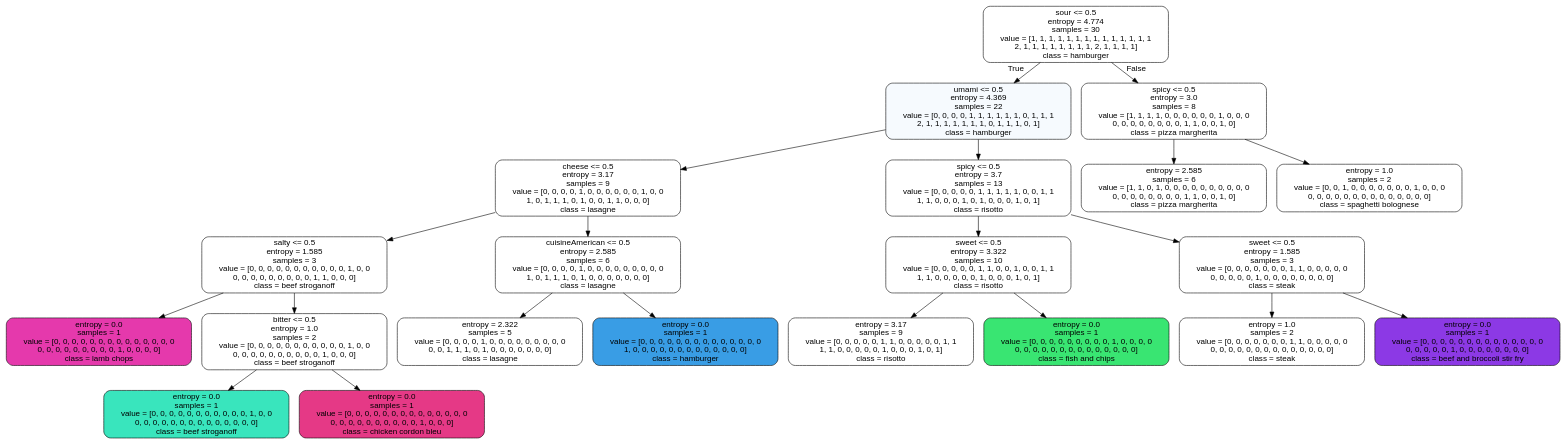
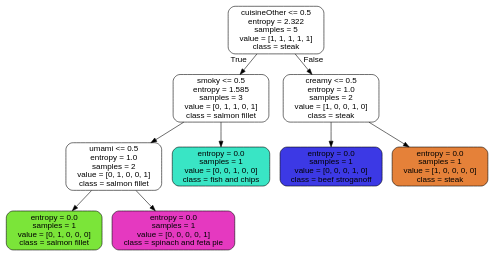
Before and after one commit to PawelManczak/Food-Akinator: the diagram in iris_tree.dot, drawn with Graphviz. The commit also changed 5 other files, not shown here.

```diff
--- a/iris_tree.dot
+++ b/iris_tree.dot
@@ -1,45 +1,21 @@
 digraph Tree {
 node [shape=box, style="filled, rounded", color="black", fontname="helvetica"] ;
 edge [fontname="helvetica"] ;
-0 [label="sour <= 0.5\nentropy = 4.774\nsamples = 30\nvalue = [1, 1, 1, 1, 1, 1, 1, 1, 1, 1, 1, 1, 1, 1\n2, 1, 1, 1, 1, 1, 1, 1, 1, 2, 1, 1, 1, 1]\nclass = hamburger", fillcolor="#ffffff"] ;
-1 [label="umami <= 0.5\nentropy = 4.369\nsamples = 22\nvalue = [0, 0, 0, 0, 1, 1, 1, 1, 1, 1, 0, 1, 1, 1\n2, 1, 1, 1, 1, 1, 1, 1, 0, 1, 1, 1, 0, 1]\nclass = hamburger", fillcolor="#f6fafe"] ;
+0 [label="cuisineOther <= 0.5\nentropy = 2.322\nsamples = 5\nvalue = [1, 1, 1, 1, 1]\nclass = steak", fillcolor="#ffffff"] ;
+1 [label="smoky <= 0.5\nentropy = 1.585\nsamples = 3\nvalue = [0, 1, 1, 0, 1]\nclass = salmon fillet", fillcolor="#ffffff"] ;
 0 -> 1 [labeldistance=2.5, labelangle=45, headlabel="True"] ;
-2 [label="cheese <= 0.5\nentropy = 3.17\nsamples = 9\nvalue = [0, 0, 0, 0, 1, 0, 0, 0, 0, 0, 0, 1, 0, 0\n1, 0, 1, 1, 1, 0, 1, 0, 0, 1, 1, 0, 0, 0]\nclass = lasagne", fillcolor="#ffffff"] ;
+2 [label="umami <= 0.5\nentropy = 1.0\nsamples = 2\nvalue = [0, 1, 0, 0, 1]\nclass = salmon fillet", fillcolor="#ffffff"] ;
 1 -> 2 ;
-3 [label="salty <= 0.5\nentropy = 1.585\nsamples = 3\nvalue = [0, 0, 0, 0, 0, 0, 0, 0, 0, 0, 0, 1, 0, 0\n0, 0, 0, 0, 0, 0, 0, 0, 0, 1, 1, 0, 0, 0]\nclass = beef stroganoff", fillcolor="#ffffff"] ;
+3 [label="entropy = 0.0\nsamples = 1\nvalue = [0, 1, 0, 0, 0]\nclass = salmon fillet", fillcolor="#7be539"] ;
 2 -> 3 ;
-4 [label="entropy = 0.0\nsamples = 1\nvalue = [0, 0, 0, 0, 0, 0, 0, 0, 0, 0, 0, 0, 0, 0\n0, 0, 0, 0, 0, 0, 0, 0, 0, 1, 0, 0, 0, 0]\nclass = lamb chops", fillcolor="#e539ac"] ;
-3 -> 4 ;
-5 [label="bitter <= 0.5\nentropy = 1.0\nsamples = 2\nvalue = [0, 0, 0, 0, 0, 0, 0, 0, 0, 0, 0, 1, 0, 0\n0, 0, 0, 0, 0, 0, 0, 0, 0, 0, 1, 0, 0, 0]\nclass = beef stroganoff", fillcolor="#ffffff"] ;
-3 -> 5 ;
-6 [label="entropy = 0.0\nsamples = 1\nvalue = [0, 0, 0, 0, 0, 0, 0, 0, 0, 0, 0, 1, 0, 0\n0, 0, 0, 0, 0, 0, 0, 0, 0, 0, 0, 0, 0, 0]\nclass = beef stroganoff", fillcolor="#39e5bd"] ;
-5 -> 6 ;
-7 [label="entropy = 0.0\nsamples = 1\nvalue = [0, 0, 0, 0, 0, 0, 0, 0, 0, 0, 0, 0, 0, 0\n0, 0, 0, 0, 0, 0, 0, 0, 0, 0, 1, 0, 0, 0]\nclass = chicken cordon bleu", fillcolor="#e53986"] ;
-5 -> 7 ;
-8 [label="cuisineAmerican <= 0.5\nentropy = 2.585\nsamples = 6\nvalue = [0, 0, 0, 0, 1, 0, 0, 0, 0, 0, 0, 0, 0, 0\n1, 0, 1, 1, 1, 0, 1, 0, 0, 0, 0, 0, 0, 0]\nclass = lasagne", fillcolor="#ffffff"] ;
-2 -> 8 ;
-9 [label="entropy = 2.322\nsamples = 5\nvalue = [0, 0, 0, 0, 1, 0, 0, 0, 0, 0, 0, 0, 0, 0\n0, 0, 1, 1, 1, 0, 1, 0, 0, 0, 0, 0, 0, 0]\nclass = lasagne", fillcolor="#ffffff"] ;
-8 -> 9 ;
-10 [label="entropy = 0.0\nsamples = 1\nvalue = [0, 0, 0, 0, 0, 0, 0, 0, 0, 0, 0, 0, 0, 0\n1, 0, 0, 0, 0, 0, 0, 0, 0, 0, 0, 0, 0, 0]\nclass = hamburger", fillcolor="#399de5"] ;
-8 -> 10 ;
-11 [label="spicy <= 0.5\nentropy = 3.7\nsamples = 13\nvalue = [0, 0, 0, 0, 0, 1, 1, 1, 1, 1, 0, 0, 1, 1\n1, 1, 0, 0, 0, 1, 0, 1, 0, 0, 0, 1, 0, 1]\nclass = risotto", fillcolor="#ffffff"] ;
-1 -> 11 ;
-12 [label="sweet <= 0.5\nentropy = 3.322\nsamples = 10\nvalue = [0, 0, 0, 0, 0, 1, 1, 0, 0, 1, 0, 0, 1, 1\n1, 1, 0, 0, 0, 0, 0, 1, 0, 0, 0, 1, 0, 1]\nclass = risotto", fillcolor="#ffffff"] ;
-11 -> 12 ;
-13 [label="entropy = 3.17\nsamples = 9\nvalue = [0, 0, 0, 0, 0, 1, 1, 0, 0, 0, 0, 0, 1, 1\n1, 1, 0, 0, 0, 0, 0, 1, 0, 0, 0, 1, 0, 1]\nclass = risotto", fillcolor="#ffffff"] ;
-12 -> 13 ;
-14 [label="entropy = 0.0\nsamples = 1\nvalue = [0, 0, 0, 0, 0, 0, 0, 0, 0, 1, 0, 0, 0, 0\n0, 0, 0, 0, 0, 0, 0, 0, 0, 0, 0, 0, 0, 0]\nclass = fish and chips", fillcolor="#39e572"] ;
-12 -> 14 ;
-15 [label="sweet <= 0.5\nentropy = 1.585\nsamples = 3\nvalue = [0, 0, 0, 0, 0, 0, 0, 1, 1, 0, 0, 0, 0, 0\n0, 0, 0, 0, 0, 1, 0, 0, 0, 0, 0, 0, 0, 0]\nclass = steak", fillcolor="#ffffff"] ;
-11 -> 15 ;
-16 [label="entropy = 1.0\nsamples = 2\nvalue = [0, 0, 0, 0, 0, 0, 0, 1, 1, 0, 0, 0, 0, 0\n0, 0, 0, 0, 0, 0, 0, 0, 0, 0, 0, 0, 0, 0]\nclass = steak", fillcolor="#ffffff"] ;
-15 -> 16 ;
-17 [label="entropy = 0.0\nsamples = 1\nvalue = [0, 0, 0, 0, 0, 0, 0, 0, 0, 0, 0, 0, 0, 0\n0, 0, 0, 0, 0, 1, 0, 0, 0, 0, 0, 0, 0, 0]\nclass = beef and broccoli stir fry", fillcolor="#8c39e5"] ;
-15 -> 17 ;
-18 [label="spicy <= 0.5\nentropy = 3.0\nsamples = 8\nvalue = [1, 1, 1, 1, 0, 0, 0, 0, 0, 0, 1, 0, 0, 0\n0, 0, 0, 0, 0, 0, 0, 0, 1, 1, 0, 0, 1, 0]\nclass = pizza margherita", fillcolor="#ffffff"] ;
-0 -> 18 [labeldistance=2.5, labelangle=-45, headlabel="False"] ;
-19 [label="entropy = 2.585\nsamples = 6\nvalue = [1, 1, 0, 1, 0, 0, 0, 0, 0, 0, 0, 0, 0, 0\n0, 0, 0, 0, 0, 0, 0, 0, 1, 1, 0, 0, 1, 0]\nclass = pizza margherita", fillcolor="#ffffff"] ;
-18 -> 19 ;
-20 [label="entropy = 1.0\nsamples = 2\nvalue = [0, 0, 1, 0, 0, 0, 0, 0, 0, 0, 1, 0, 0, 0\n0, 0, 0, 0, 0, 0, 0, 0, 0, 0, 0, 0, 0, 0]\nclass = spaghetti bolognese", fillcolor="#ffffff"] ;
-18 -> 20 ;
+4 [label="entropy = 0.0\nsamples = 1\nvalue = [0, 0, 0, 0, 1]\nclass = spinach and feta pie", fillcolor="#e539c0"] ;
+2 -> 4 ;
+5 [label="entropy = 0.0\nsamples = 1\nvalue = [0, 0, 1, 0, 0]\nclass = fish and chips", fillcolor="#39e5c5"] ;
+1 -> 5 ;
+6 [label="creamy <= 0.5\nentropy = 1.0\nsamples = 2\nvalue = [1, 0, 0, 1, 0]\nclass = steak", fillcolor="#ffffff"] ;
+0 -> 6 [labeldistance=2.5, labelangle=-45, headlabel="False"] ;
+7 [label="entropy = 0.0\nsamples = 1\nvalue = [0, 0, 0, 1, 0]\nclass = beef stroganoff", fillcolor="#3c39e5"] ;
+6 -> 7 ;
+8 [label="entropy = 0.0\nsamples = 1\nvalue = [1, 0, 0, 0, 0]\nclass = steak", fillcolor="#e58139"] ;
+6 -> 8 ;
 }
```
